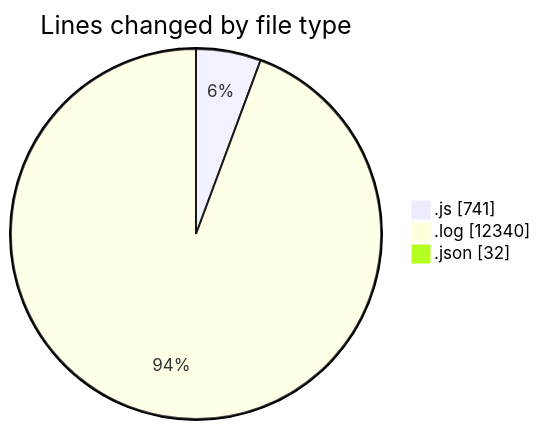
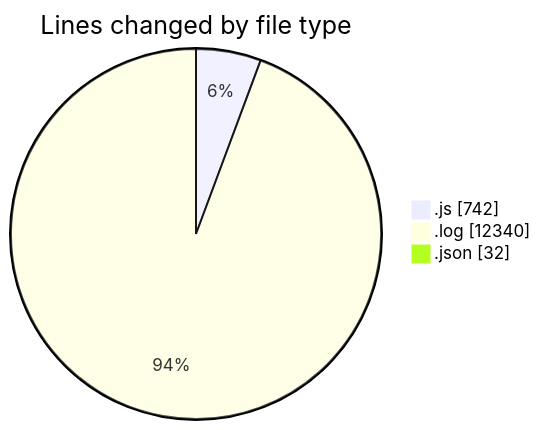
Before and after one commit to nxtqubesakshisongat/code-tracking: the first of 2 diagrams in 2025-04-15/nxtqube_webapp/README.md, drawn with Mermaid. The commit also changed other lines of this file and 1 other file, not shown here.

````diff
--- a/2025-04-15/nxtqube_webapp/README.md
+++ b/2025-04-15/nxtqube_webapp/README.md
@@ -30,7 +31,7 @@
 ```mermaid
 pie showData
 title Lines changed by file type
-".js" : 741
+".js" : 742
 ".log" : 12340
 ".json" : 32
 ```
````
